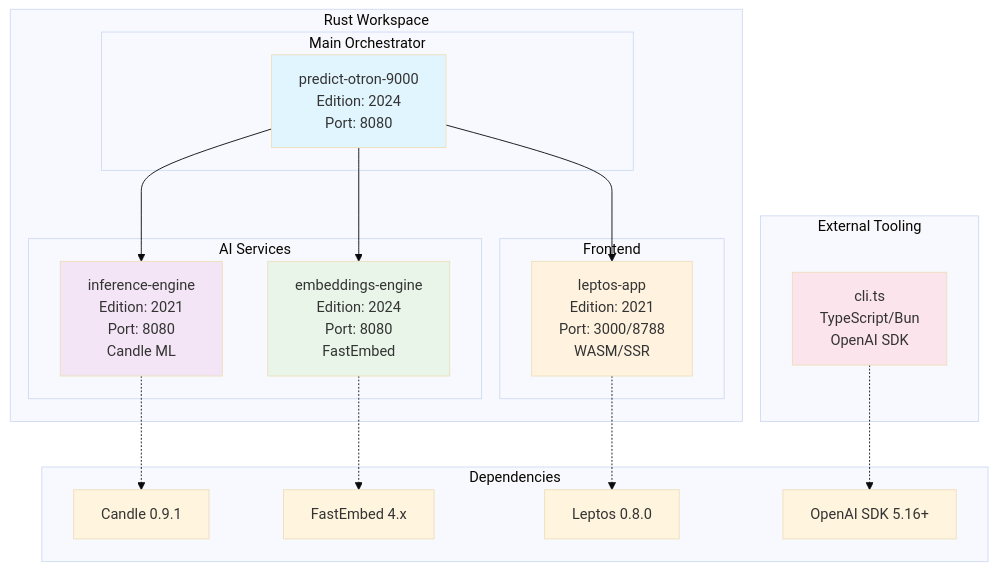
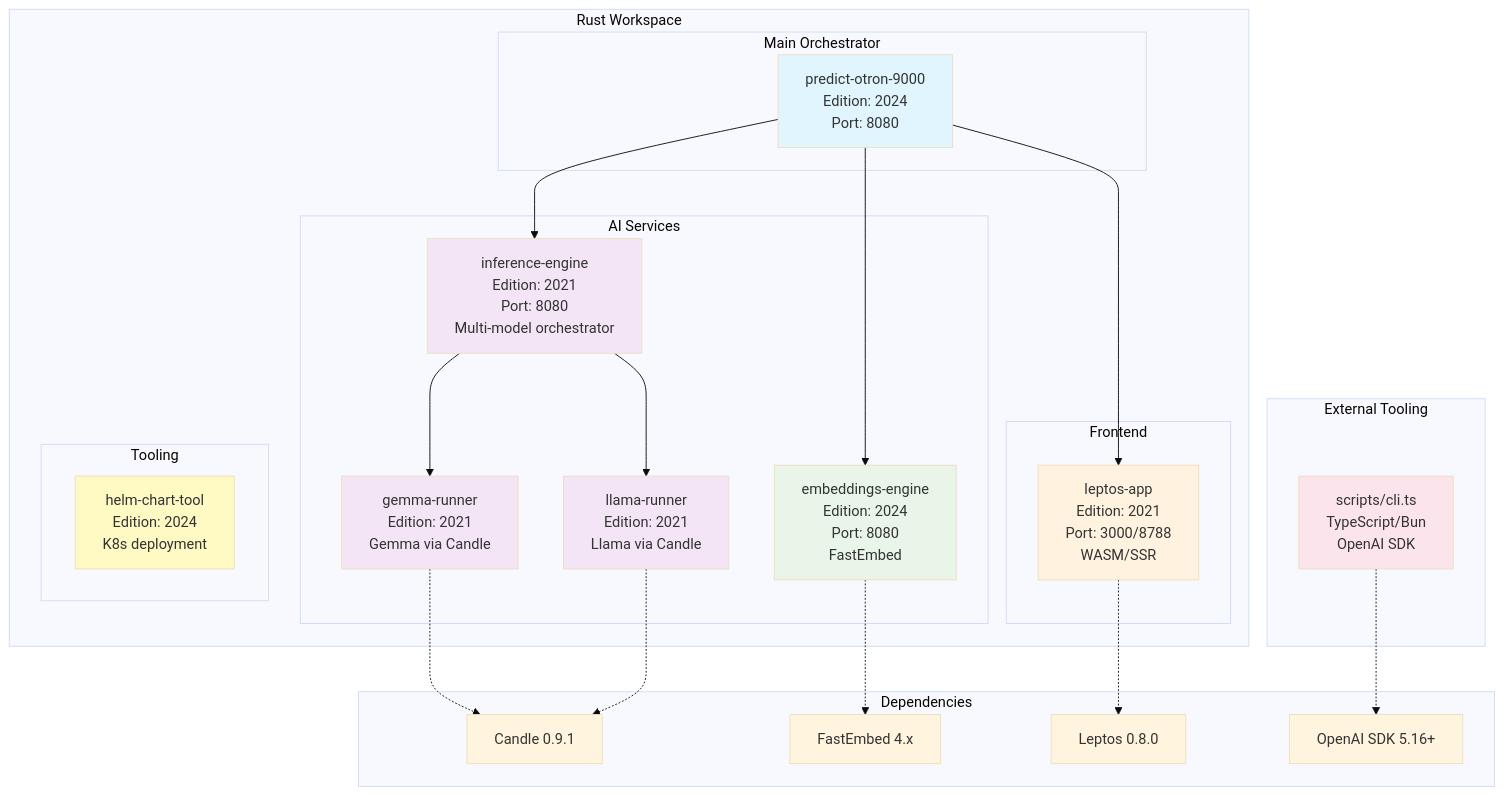
One commit to geoffsee/predict-otron-9001 changed the second of 11 diagrams in docs/ARCHITECTURE.md. Above: the diagram before and after it, drawn with Mermaid (base theme). The commit also changed other lines of this file and 25 other files, not shown here.

First line of the commit message:
supports small llama and gemma models

````diff
--- a/docs/ARCHITECTURE.md
+++ b/docs/ARCHITECTURE.md
@@ -57,37 +57,49 @@
 ```mermaid
 graph TD
     subgraph "Rust Workspace"
         subgraph "Main Orchestrator"
             A[predict-otron-9000<br/>Edition: 2024<br/>Port: 8080]
         end
         
         subgraph "AI Services"
-            B[inference-engine<br/>Edition: 2021<br/>Port: 8080<br/>Candle ML]
+            B[inference-engine<br/>Edition: 2021<br/>Port: 8080<br/>Multi-model orchestrator]
+            J[gemma-runner<br/>Edition: 2021<br/>Gemma via Candle]
+            K[llama-runner<br/>Edition: 2021<br/>Llama via Candle]
             C[embeddings-engine<br/>Edition: 2024<br/>Port: 8080<br/>FastEmbed]
         end
         
         subgraph "Frontend"
             D[leptos-app<br/>Edition: 2021<br/>Port: 3000/8788<br/>WASM/SSR]
         end
+        
+        subgraph "Tooling"
+            L[helm-chart-tool<br/>Edition: 2024<br/>K8s deployment]
+        end
     end
     
     subgraph "External Tooling"
-        E[cli.ts<br/>TypeScript/Bun<br/>OpenAI SDK]
+        E[scripts/cli.ts<br/>TypeScript/Bun<br/>OpenAI SDK]
     end
     
     subgraph "Dependencies"
         A --> B
         A --> C
         A --> D
-        B -.-> F[Candle 0.9.1]
+        B --> J
+        B --> K
+        J -.-> F[Candle 0.9.1]
+        K -.-> F
         C -.-> G[FastEmbed 4.x]
         D -.-> H[Leptos 0.8.0]
         E -.-> I[OpenAI SDK 5.16+]
     end
     
     style A fill:#e1f5fe
     style B fill:#f3e5f5
+    style J fill:#f3e5f5
+    style K fill:#f3e5f5
     style C fill:#e8f5e8
     style D fill:#fff3e0
     style E fill:#fce4ec
+    style L fill:#fff9c4
 ```
````
